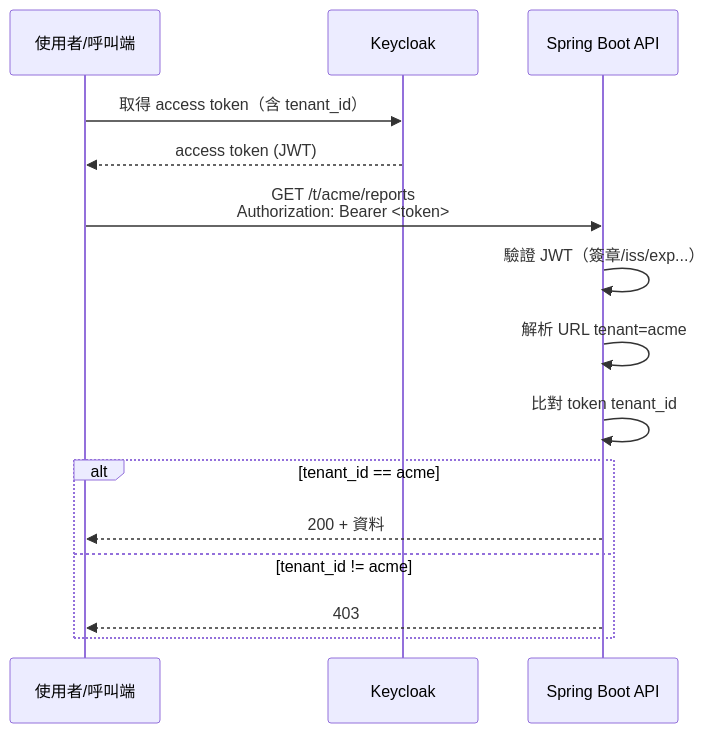
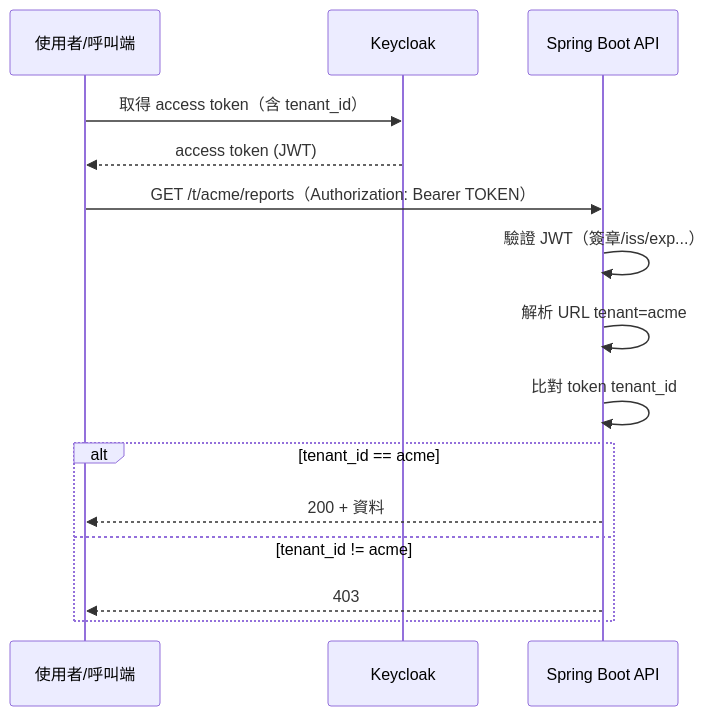
Before and after one commit to Gary-GaGa/learning: the diagram in keycloak/docs/zh-TW/02-multi-tenancy-url-path.md, drawn with Mermaid. The commit also changed 1 other file, not shown here.

Commit message:
Fix Mermaid sequenceDiagram text for GitHub (remove <token> / line breaks)

````diff
--- a/keycloak/docs/zh-TW/02-multi-tenancy-url-path.md
+++ b/keycloak/docs/zh-TW/02-multi-tenancy-url-path.md
@@ -30,18 +30,18 @@
 ```mermaid
 sequenceDiagram
   participant U as 使用者/呼叫端
   participant KC as Keycloak
   participant API as Spring Boot API
 
   U->>KC: 取得 access token（含 tenant_id）
   KC-->>U: access token (JWT)
-  U->>API: GET /t/acme/reports<br/>Authorization: Bearer <token>
+  U->>API: GET /t/acme/reports（Authorization: Bearer TOKEN）
   API->>API: 驗證 JWT（簽章/iss/exp...）
   API->>API: 解析 URL tenant=acme
   API->>API: 比對 token tenant_id
   alt tenant_id == acme
     API-->>U: 200 + 資料
   else tenant_id != acme
     API-->>U: 403
   end
 ```
````
